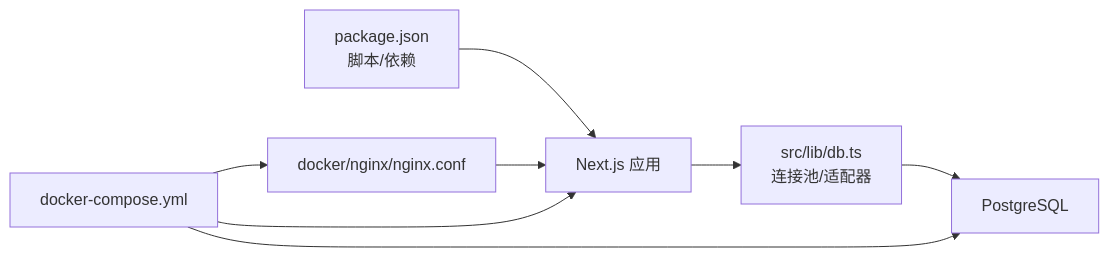
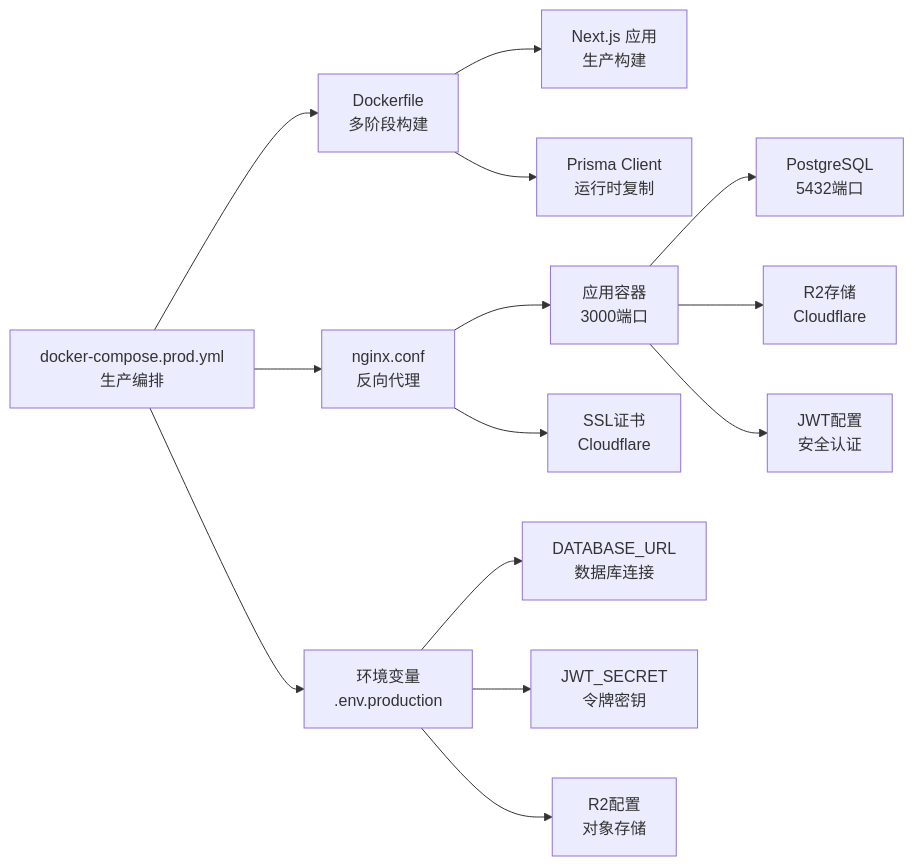
The third of 3 diagrams in .qoder/repowiki/zh/content/部署配置/部署配置.md (three3638-arch/celestia_2b), drawn with Mermaid before and after one commit. The commit also changed other lines of this file and 17 other files, not shown here.

````diff
--- a/.qoder/repowiki/zh/content/部署配置/部署配置.md
+++ b/.qoder/repowiki/zh/content/部署配置/部署配置.md
@@ -276,10 +540,16 @@
 ```mermaid
 graph LR
-PJSON["package.json<br/>脚本/依赖"] --> NEXT["Next.js 应用"]
-NEXT --> DBMOD["src/lib/db.ts<br/>连接池/适配器"]
-DBMOD --> PG["PostgreSQL"]
-NGINXCFG["docker/nginx/nginx.conf"] --> NEXT
-DC["docker-compose.yml"] --> NGINXCFG
-DC --> NEXT
-DC --> PG
+DCP["docker-compose.prod.yml<br/>生产编排"] --> DFILE["Dockerfile<br/>多阶段构建"]
+DCP --> NGINXCFG["nginx.conf<br/>反向代理"]
+DCP --> ENV["环境变量<br/>.env.production"]
+DFILE --> NEXT["Next.js 应用<br/>生产构建"]
+DFILE --> PRISMA["Prisma Client<br/>运行时复制"]
+NGINXCFG --> APP["应用容器<br/>3000端口"]
+NGINXCFG --> SSL["SSL证书<br/>Cloudflare"]
+APP --> DB["PostgreSQL<br/>5432端口"]
+APP --> R2["R2存储<br/>Cloudflare"]
+APP --> JWT["JWT配置<br/>安全认证"]
+ENV --> DBURL["DATABASE_URL<br/>数据库连接"]
+ENV --> JWTSECRET["JWT_SECRET<br/>令牌密钥"]
+ENV --> R2CONFIG["R2配置<br/>对象存储"]
 ```
````
